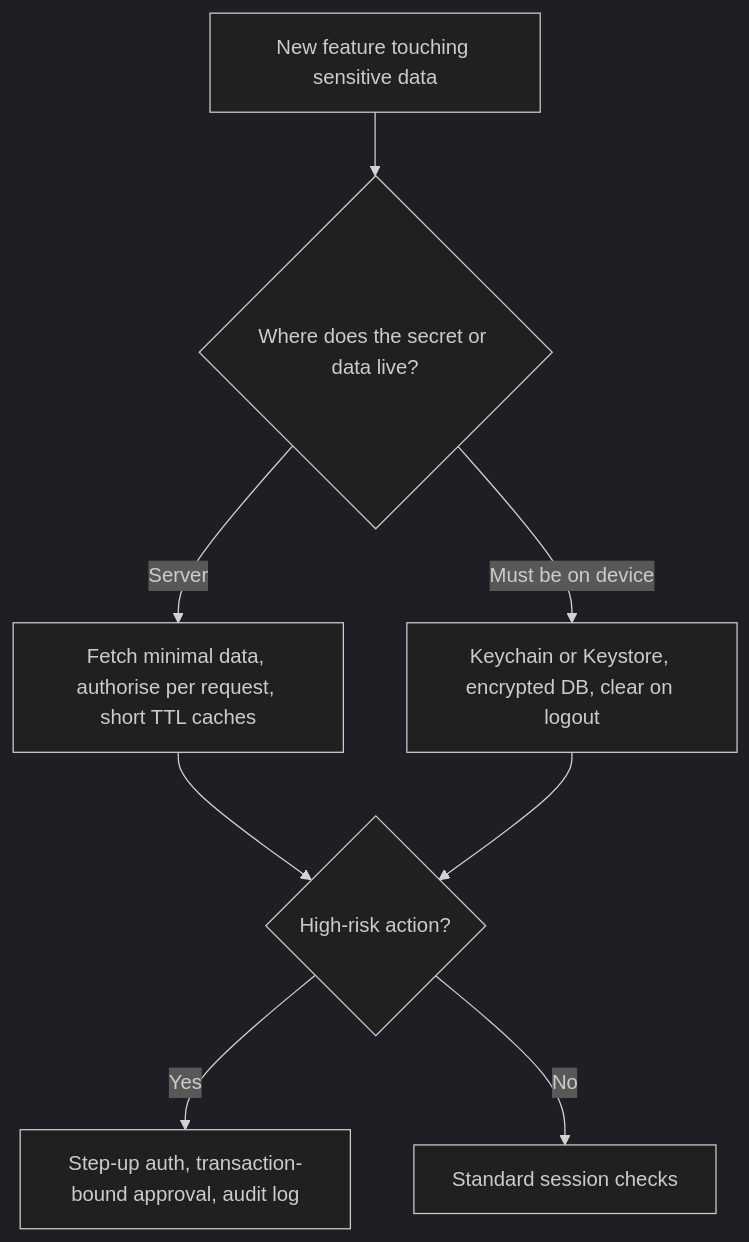
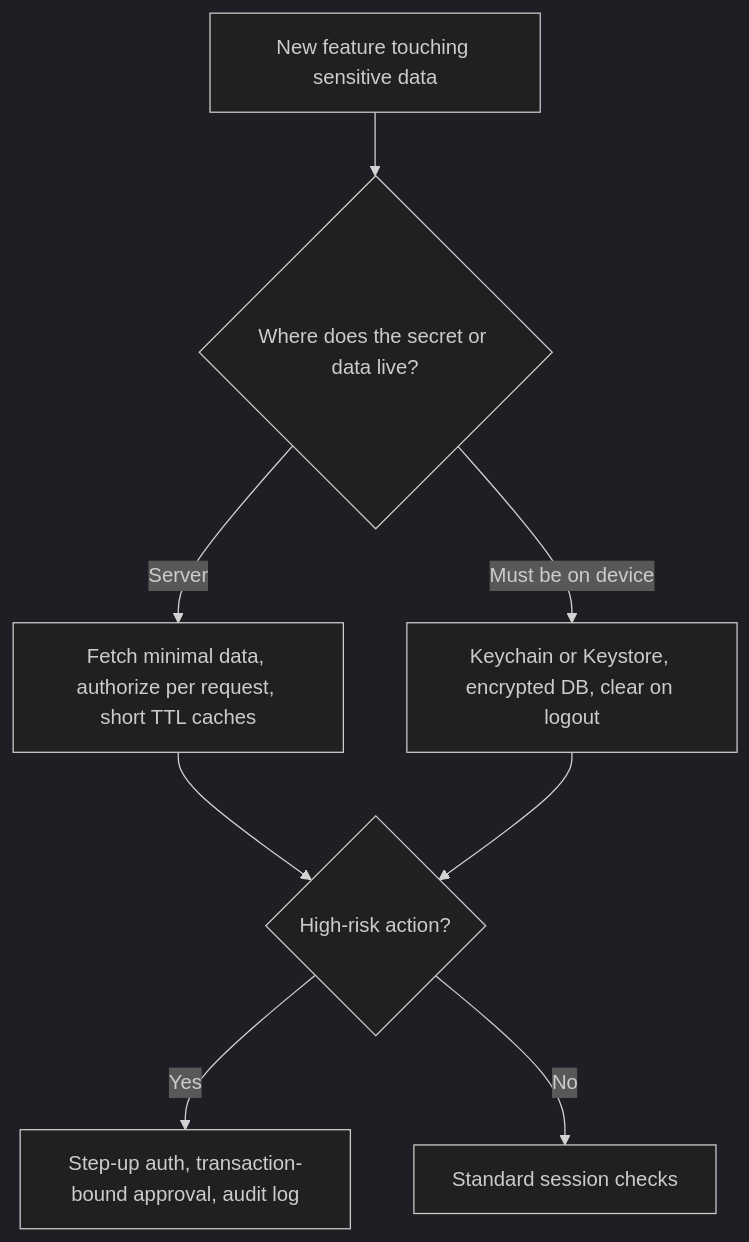
The third of 3 diagrams in react-native-v2/11-mobile-security.md (Sri-Bhat/Frontend-Interview-Handbook), drawn with Mermaid (dark theme) before and after one commit. The commit also changed other lines of this file, not shown here.

````diff
--- a/react-native-v2/11-mobile-security.md
+++ b/react-native-v2/11-mobile-security.md
@@ -257,10 +257,10 @@
 ```mermaid
 flowchart TD
   A["New feature touching sensitive data"] --> B{"Where does the secret or data live?"}
-  B -->|"Server"| C["Fetch minimal data, authorise per request, short TTL caches"]
+  B -->|"Server"| C["Fetch minimal data, authorize per request, short TTL caches"]
   B -->|"Must be on device"| D["Keychain or Keystore, encrypted DB, clear on logout"]
   C --> E{"High-risk action?"}
   D --> E
   E -->|"Yes"| F["Step-up auth, transaction-bound approval, audit log"]
   E -->|"No"| G["Standard session checks"]
 ```
````
